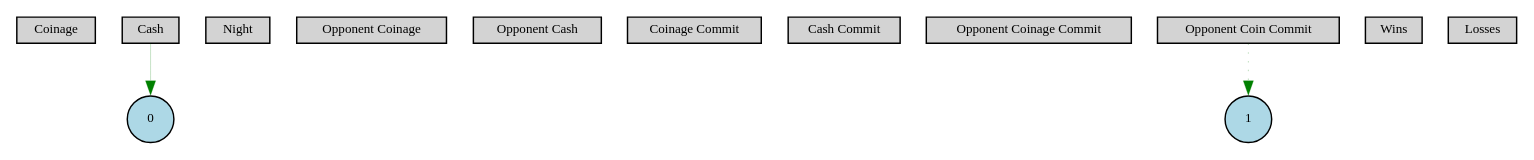
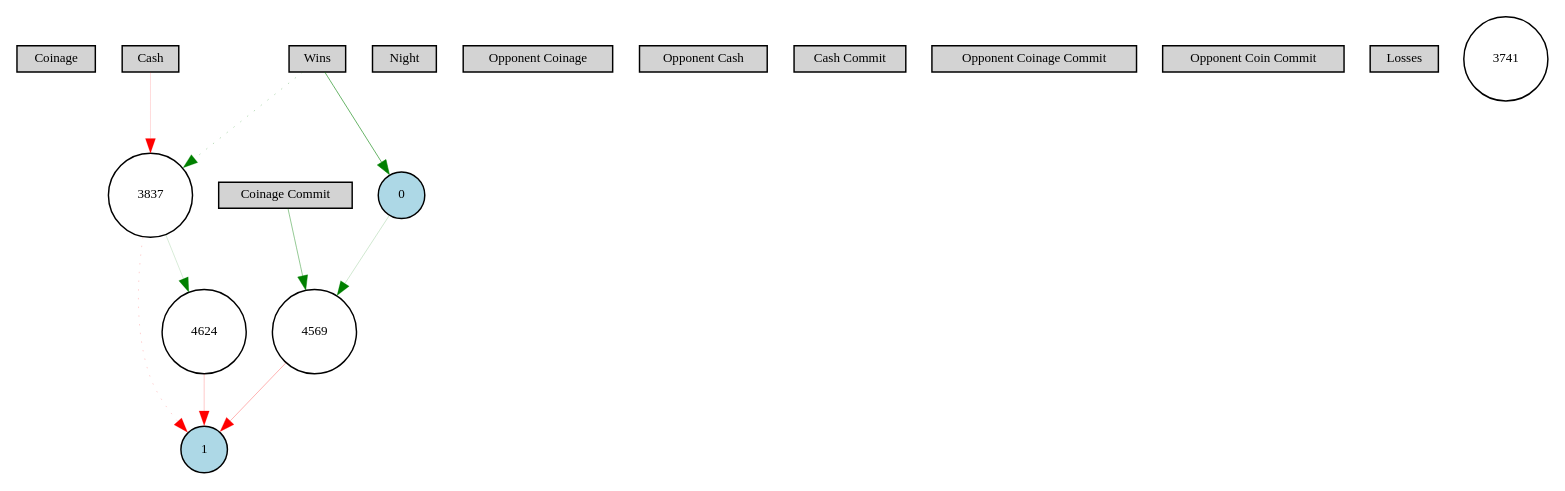
The diagram in Digraph.gv (iL0g1c/VBS-AI-Project), drawn with Graphviz before and after one commit. The commit also changed 6 other files, not shown here.

```diff
--- a/Digraph.gv
+++ b/Digraph.gv
@@ -1,18 +1,29 @@
 digraph {
 	node [fontsize=9 height=0.2 shape=circle width=0.2]
 	Coinage [fillcolor=lightgray shape=box style=filled]
 	Cash [fillcolor=lightgray shape=box style=filled]
 	Night [fillcolor=lightgray shape=box style=filled]
 	"Opponent Coinage" [fillcolor=lightgray shape=box style=filled]
 	"Opponent Cash" [fillcolor=lightgray shape=box style=filled]
 	"Coinage Commit" [fillcolor=lightgray shape=box style=filled]
 	"Cash Commit" [fillcolor=lightgray shape=box style=filled]
 	"Opponent Coinage Commit" [fillcolor=lightgray shape=box style=filled]
 	"Opponent Coin Commit" [fillcolor=lightgray shape=box style=filled]
 	Wins [fillcolor=lightgray shape=box style=filled]
 	Losses [fillcolor=lightgray shape=box style=filled]
 	0 [fillcolor=lightblue style=filled]
 	1 [fillcolor=lightblue style=filled]
-	Cash -> 0 [color=green penwidth=0.1555094294682846 style=solid]
-	"Opponent Coin Commit" -> 1 [color=green penwidth=0.1776688768370137 style=dotted]
+	3837 [fillcolor=white style=filled]
+	4624 [fillcolor=white style=filled]
+	4569 [fillcolor=white style=filled]
+	3741 [fillcolor=white style=filled]
+	Wins -> 0 [color=green penwidth=0.4114381272870621 style=solid]
+	3837 -> 1 [color=red penwidth=0.12836371304418617 style=dotted]
+	Cash -> 3837 [color=red penwidth=0.10251777707119414 style=solid]
+	Wins -> 3837 [color=green penwidth=0.19454499830363317 style=dotted]
+	"Coinage Commit" -> 4569 [color=green penwidth=0.29310788994828907 style=solid]
+	0 -> 4569 [color=green penwidth=0.12918992728690232 style=solid]
+	3837 -> 4624 [color=green penwidth=0.11222869524307269 style=solid]
+	4624 -> 1 [color=red penwidth=0.1506106764501498 style=solid]
+	4569 -> 1 [color=red penwidth=0.20646454146445573 style=solid]
 }
```
